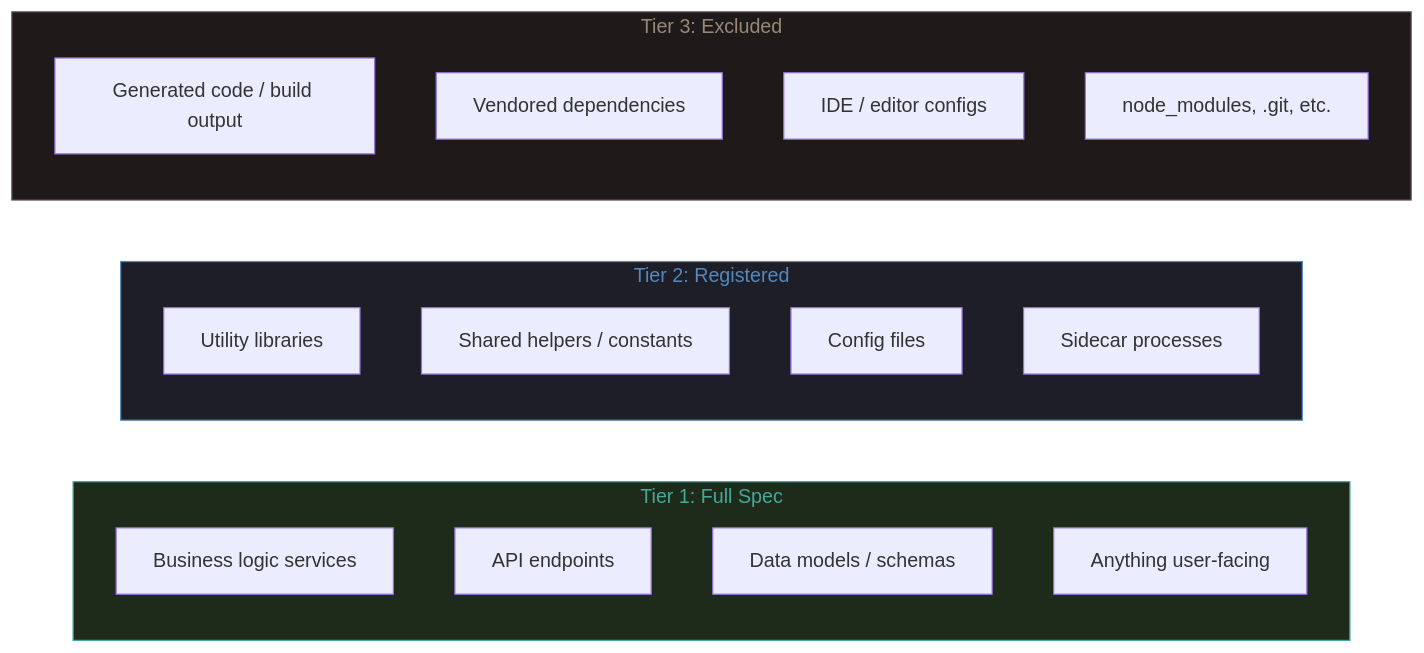
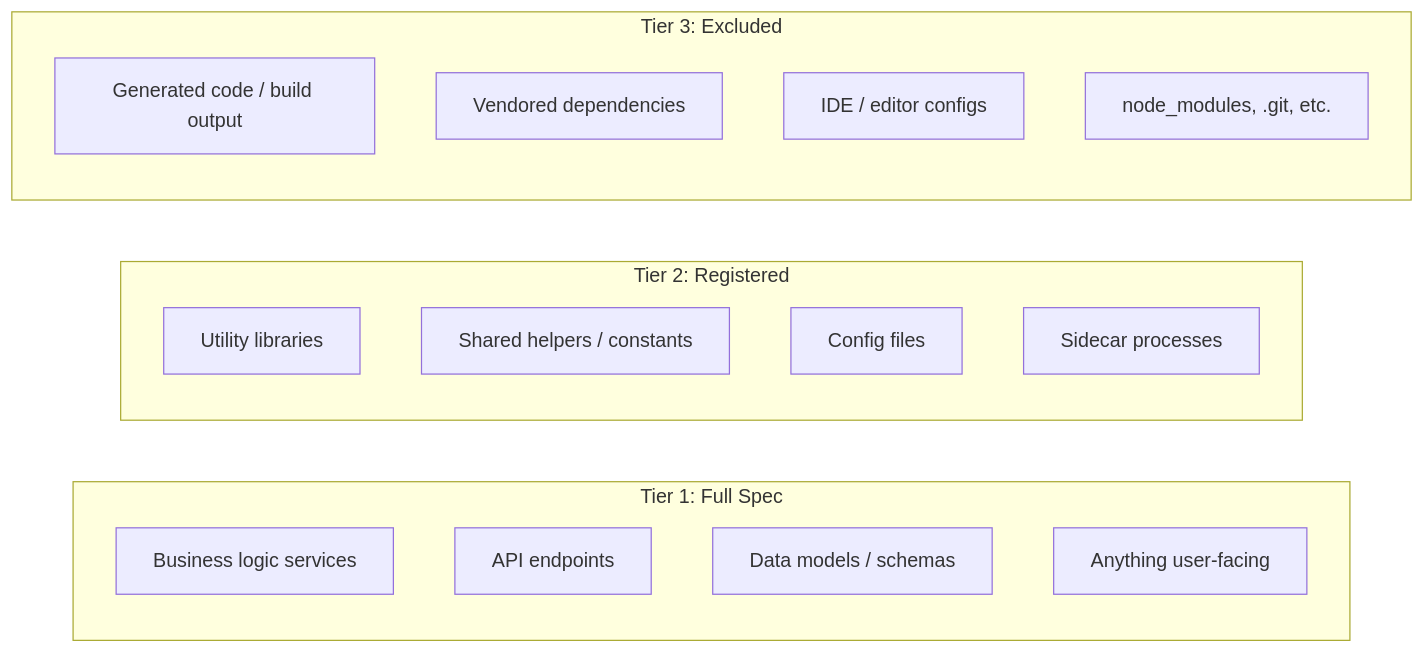
Diagram 12 of 13 in docs-site/src/content/docs/background/design-diagrams.md (davidroeca/NotarAI), drawn with Mermaid before and after one commit. The commit also changed other lines of this file and 12 other files, not shown here.

First line of the commit message:
Update docs site - mermaid rendering

````diff
--- a/docs-site/src/content/docs/background/design-diagrams.md
+++ b/docs-site/src/content/docs/background/design-diagrams.md
@@ -347,27 +274,23 @@
 ```mermaid
 flowchart LR
     subgraph T1["Tier 1: Full Spec"]
         T1a["Business logic services"]
         T1b["API endpoints"]
         T1c["Data models / schemas"]
         T1d["Anything user-facing"]
     end
 
     subgraph T2["Tier 2: Registered"]
         T2a["Utility libraries"]
         T2b["Shared helpers / constants"]
         T2c["Config files"]
         T2d["Sidecar processes"]
     end
 
     subgraph T3["Tier 3: Excluded"]
         T3a["Generated code / build output"]
         T3b["Vendored dependencies"]
         T3c["IDE / editor configs"]
         T3d["node_modules, .git, etc."]
     end
-
-    style T1 fill:#1e2a1a,stroke:#4a9,color:#4a9
-    style T2 fill:#1e1e28,stroke:#5588bb,color:#5588bb
-    style T3 fill:#1e1a1a,stroke:#665555,color:#998877
 ```
````
